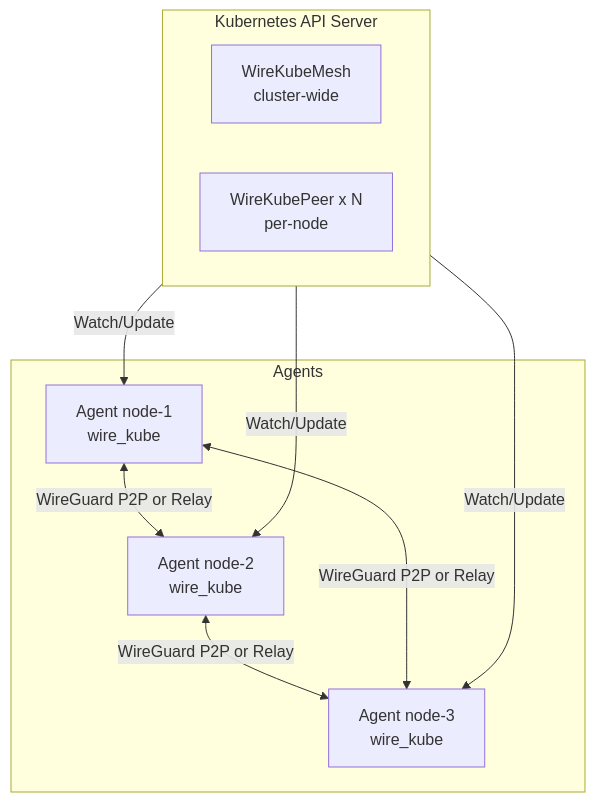
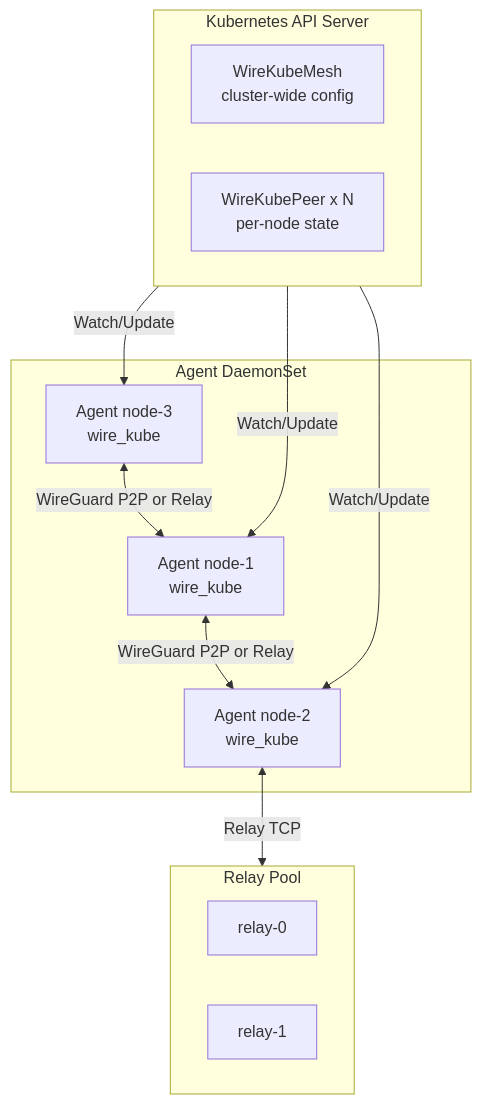
Before and after one commit to inerplat/wirekube: the diagram in docs/architecture/overview.md, drawn with Mermaid. The commit also changed other lines of this file and 20 other files, not shown here.

````diff
--- a/docs/architecture/overview.md
+++ b/docs/architecture/overview.md
@@ -5,18 +5,22 @@
 ```mermaid
 graph TD
     subgraph API["Kubernetes API Server"]
-        Mesh[WireKubeMesh<br/>cluster-wide]
-        Peer[WireKubePeer x N<br/>per-node]
+        Mesh[WireKubeMesh<br/>cluster-wide config]
+        Peer[WireKubePeer x N<br/>per-node state]
     end
-    subgraph Agents["Agents"]
+    subgraph Agents["Agent DaemonSet"]
         A1[Agent node-1<br/>wire_kube]
         A2[Agent node-2<br/>wire_kube]
         A3[Agent node-3<br/>wire_kube]
+    end
+    subgraph RelayPool["Relay Pool"]
+        R1[relay-0]
+        R2[relay-1]
     end
     API -->|Watch/Update| A1
     API -->|Watch/Update| A2
     API -->|Watch/Update| A3
     A1 <-->|WireGuard P2P or Relay| A2
-    A2 <-->|WireGuard P2P or Relay| A3
-    A1 <-->|WireGuard P2P or Relay| A3
+    A2 <-->|Relay TCP| RelayPool
+    A3 <-->|WireGuard P2P or Relay| A1
 ```
````
